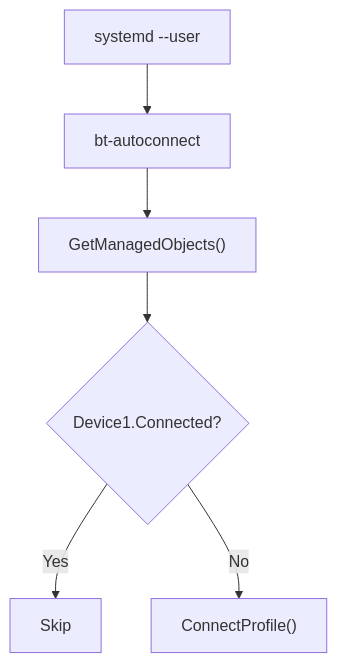
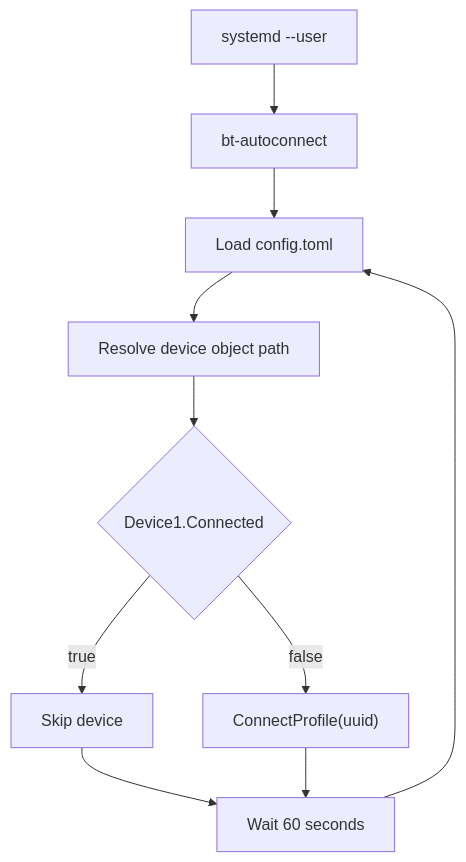
Before and after one commit to nhashih/dotfiles: the diagram in docs/bt-autoconnect.md, drawn with Mermaid. The commit also changed other lines of this file, not shown here.

````diff
--- a/docs/bt-autoconnect.md
+++ b/docs/bt-autoconnect.md
@@ -71,8 +27,12 @@
 ```mermaid
 flowchart TD
     A["systemd --user"] --> B["bt-autoconnect"]
-    B --> C["GetManagedObjects()"]
-    C --> D{"Device1.Connected?"}
-    D -- Yes --> E["Skip"]
-    D -- No --> F["ConnectProfile()"]
+    B --> C["Load config.toml"]
+    C --> D["Resolve device object path"]
+    D --> E{"Device1.Connected"}
+    E -- true --> F["Skip device"]
+    E -- false --> G["ConnectProfile(uuid)"]
+    F --> H["Wait 60 seconds"]
+    G --> H
+    H --> C
 ```
````
